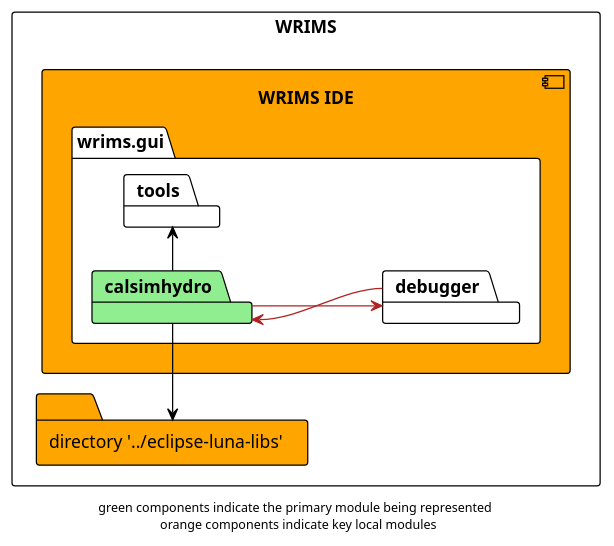
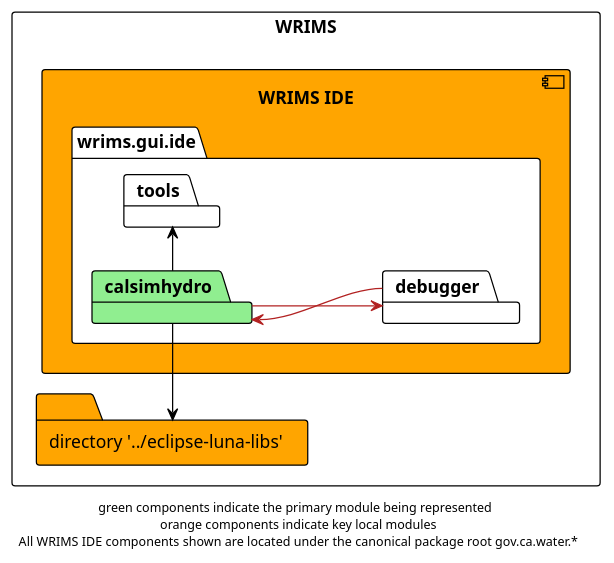
Before and after one commit to CentralValleyModeling/wrims-gui: the diagram in docs/diagrams/wrims-modules/wrims-ide/wrims-ide_calsimhydro.plantuml, drawn with PlantUML. The commit also changed 21 other files, not shown here.

Commit message:
Updated diagrams with missing canonical tld paths

```diff
--- a/docs/diagrams/wrims-modules/wrims-ide/wrims-ide_calsimhydro.plantuml
+++ b/docs/diagrams/wrims-modules/wrims-ide/wrims-ide_calsimhydro.plantuml
@@ -1,25 +1,25 @@
 @startuml
 
 !theme plain
 left to right direction
 skinparam linetype ortho
 
 rectangle WRIMS {
     component wrims-ide as "WRIMS IDE" #orange {
-        package wrims.gui {
+        package wrims.gui.ide {
             package calsimhydro#lightgreen
             package tools
             package debugger
         }
     }
 
     folder luna_libs as "directory '../eclipse-luna-libs'" #orange
 }
 calsimhydro -l-> luna_libs
 calsimhydro -r-> tools
 calsimhydro --> debugger #firebrick
 
 debugger -> calsimhydro #firebrick
 
-footer "green components indicate the primary module being represented \n orange components indicate key local modules"
+footer "green components indicate the primary module being represented \n orange components indicate key local modules\n All WRIMS IDE components shown are located under the canonical package root gov.ca.water.*"
 @enduml
```
